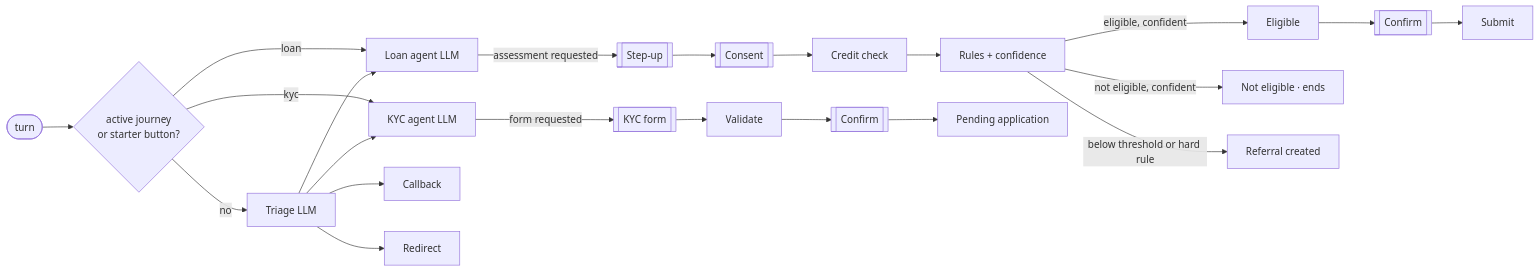
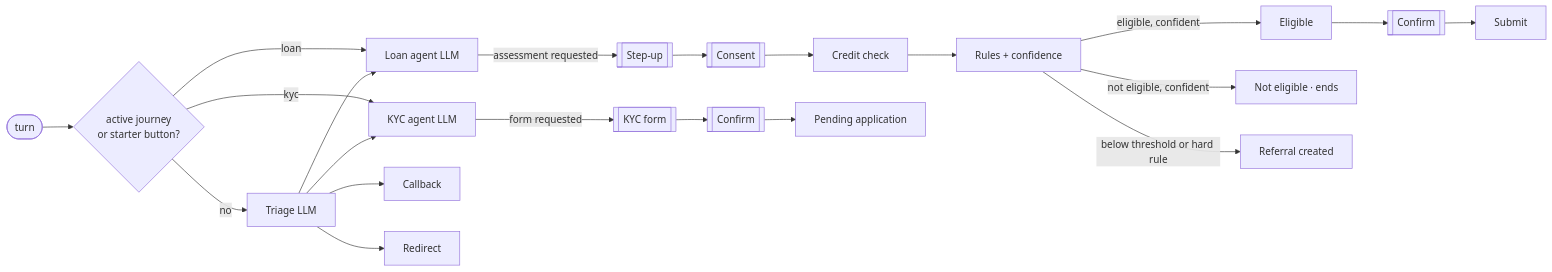
The second of 4 diagrams in docs/ARCHITECTURE.md (samitha9125/Kaya-Interview), drawn with Mermaid before and after one commit. The commit also changed other lines of this file and 2 other files, not shown here.

First line of the commit message:
docs: align the architecture and standards with the code

````diff
--- a/docs/ARCHITECTURE.md
+++ b/docs/ARCHITECTURE.md
@@ -95,13 +98,13 @@
 ```mermaid
 flowchart LR
   T([turn]) --> R{active journey<br/>or starter button?}
   R -- no --> TR[Triage LLM]
   R -- loan --> L
   R -- kyc --> K
   TR --> L & K & H[Callback] & O[Redirect]
   L[Loan agent LLM] -- assessment requested --> SU[[Step-up]] --> C[[Consent]] --> CC[Credit check] --> D[Rules + confidence]
   D -- eligible, confident --> E[Eligible] --> CF[[Confirm]] --> S[Submit]
   D -- not eligible, confident --> NE[Not eligible · ends]
   D -- below threshold or hard rule --> REF[Referral created]
-  K[KYC agent LLM] -- form requested --> F[[KYC form]] --> V[Validate] --> KC[[Confirm]] --> KS[Pending application]
+  K[KYC agent LLM] -- form requested --> F[[KYC form]] --> KC[[Confirm]] --> KS[Pending application]
 ```
````
